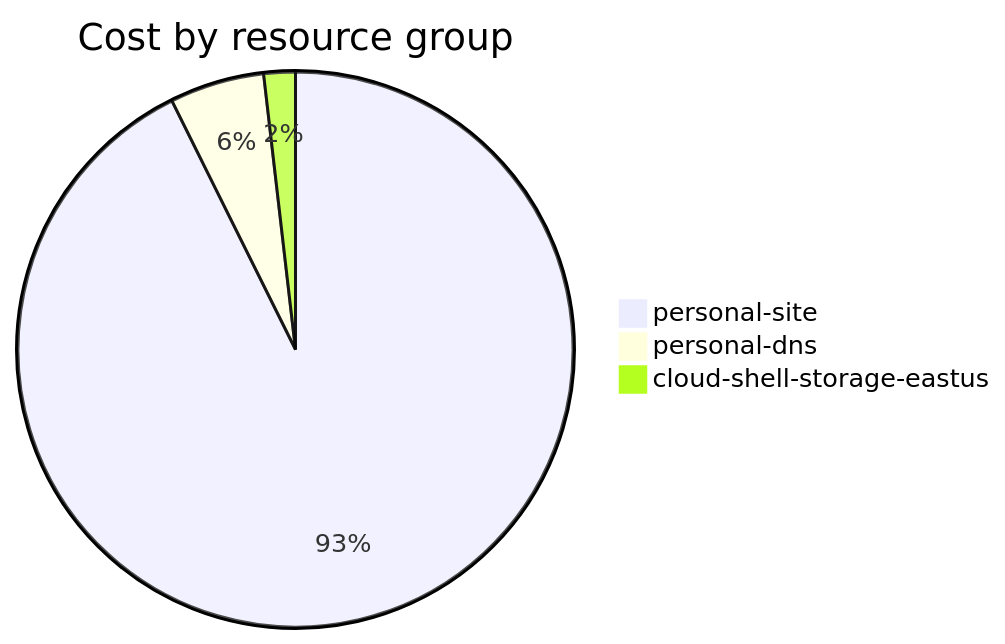
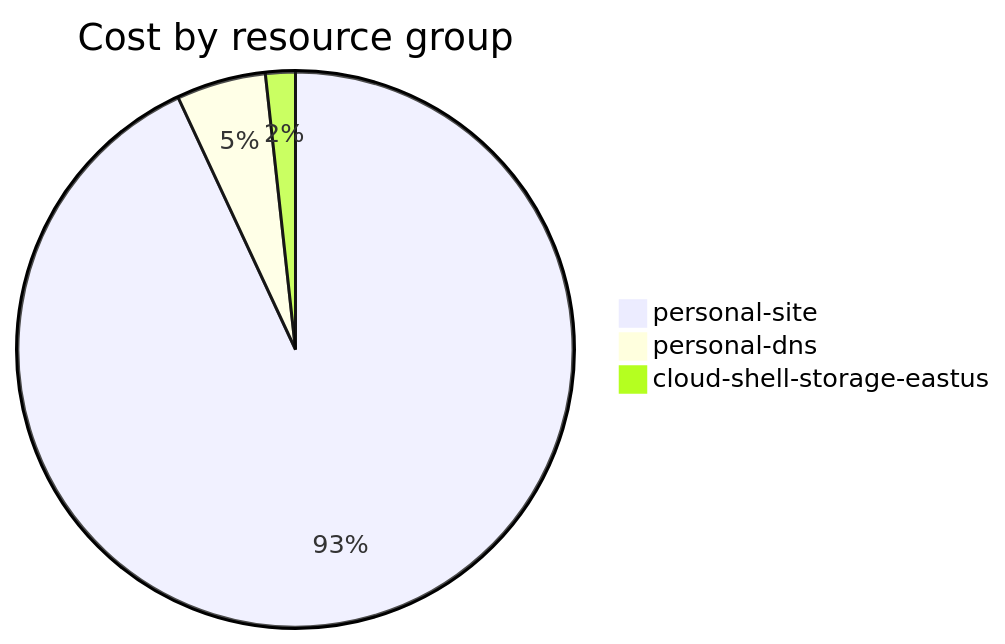
The fourth of 4 diagrams in cost-reports/accumulated-cost.md (jpfulton/azure-personal-reports), drawn with Mermaid before and after one commit. The commit also changed other lines of this file and 4 other files, not shown here.

````diff
--- a/cost-reports/accumulated-cost.md
+++ b/cost-reports/accumulated-cost.md
@@ -141,7 +143,7 @@
 ```mermaid
 pie
    title Cost by resource group
-   "personal-site" : 1.01
-   "personal-dns" : 0.06
-   "cloud-shell-storage-eastus" : 0.02
+   "personal-site" : 1.61
+   "personal-dns" : 0.09
+   "cloud-shell-storage-eastus" : 0.03
 ```
````
